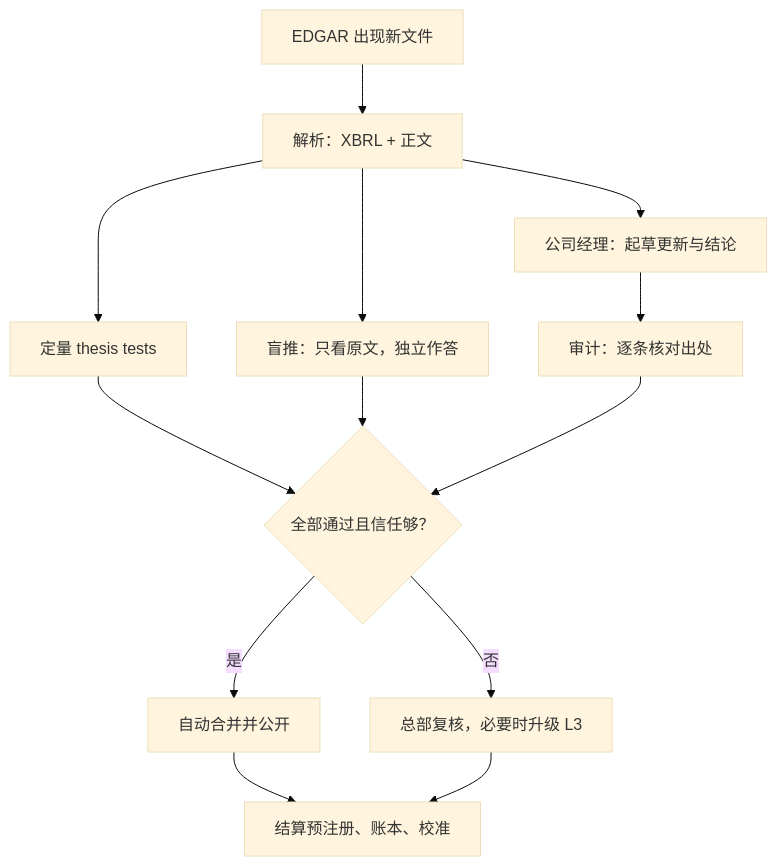
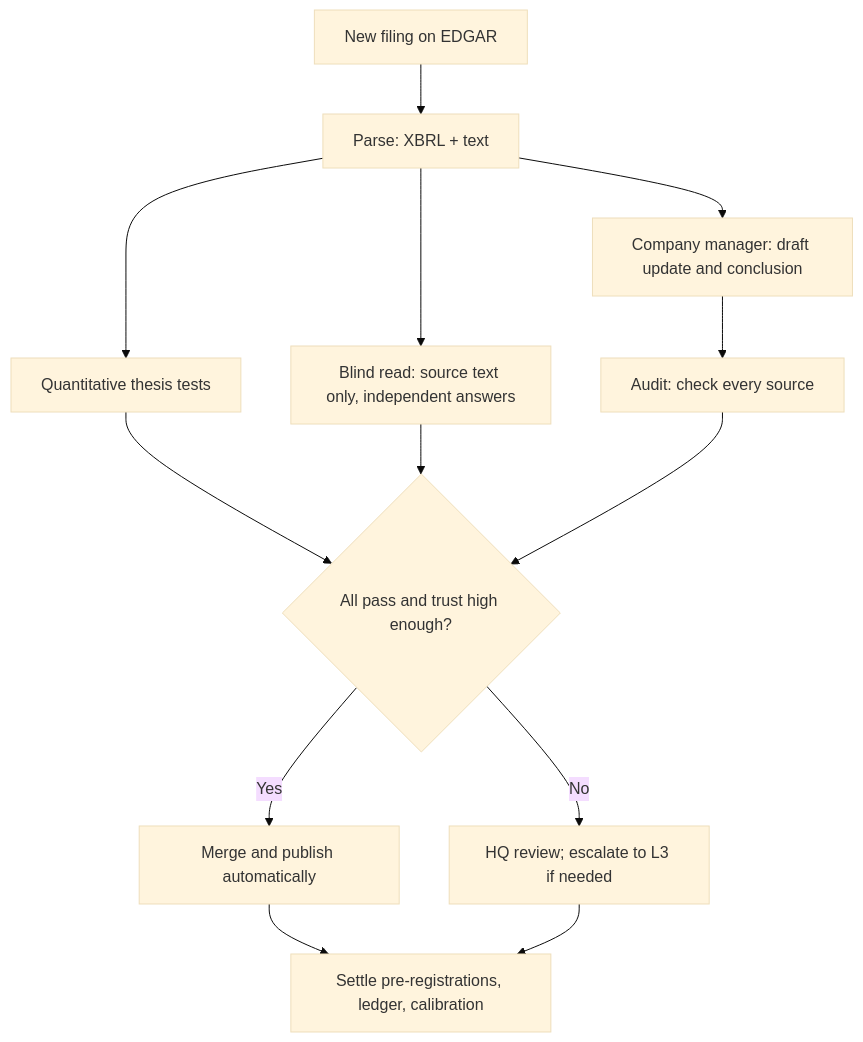
One commit to kentian742-creator/owners-office changed the second of 2 diagrams in docs/DESIGN.md. Above: the diagram before and after it, drawn with Mermaid (base theme). The commit also changed other lines of this file and 42 other files, not shown here.

````diff
--- a/docs/DESIGN.md
+++ b/docs/DESIGN.md
@@ -247,15 +249,15 @@
 ```mermaid
 flowchart TD
-  A["EDGAR 出现新文件"] --> B["解析：XBRL + 正文"]
-  B --> C["定量 thesis tests"]
-  B --> D["公司经理：起草更新与结论"]
-  B --> E["盲推：只看原文，独立作答"]
-  D --> F["审计：逐条核对出处"]
-  C --> G{"全部通过且信任够？"}
+  A["New filing on EDGAR"] --> B["Parse: XBRL + text"]
+  B --> C["Quantitative thesis tests"]
+  B --> D["Company manager: draft update and conclusion"]
+  B --> E["Blind read: source text only, independent answers"]
+  D --> F["Audit: check every source"]
+  C --> G{"All pass and trust high enough?"}
   E --> G
   F --> G
-  G -->|是| H["自动合并并公开"]
-  G -->|否| I["总部复核，必要时升级 L3"]
-  H --> J["结算预注册、账本、校准"]
+  G -->|Yes| H["Merge and publish automatically"]
+  G -->|No| I["HQ review; escalate to L3 if needed"]
+  H --> J["Settle pre-registrations, ledger, calibration"]
   I --> J
 ```
````
